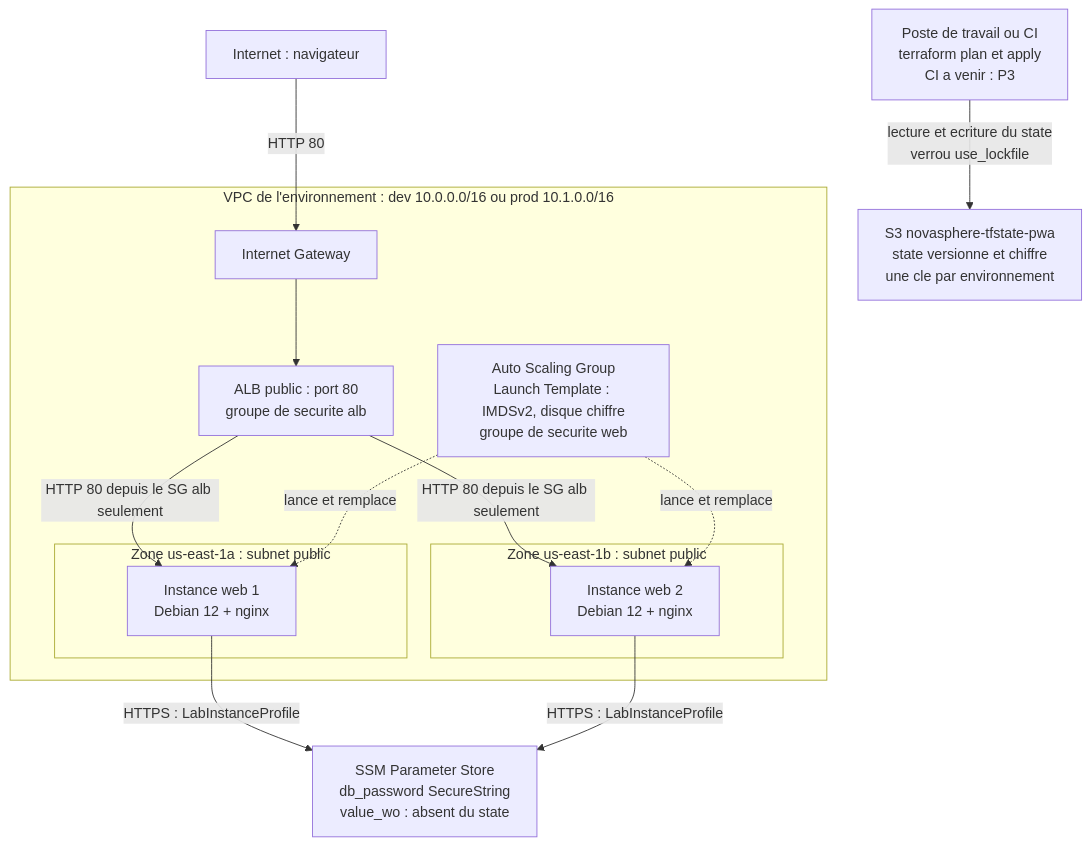
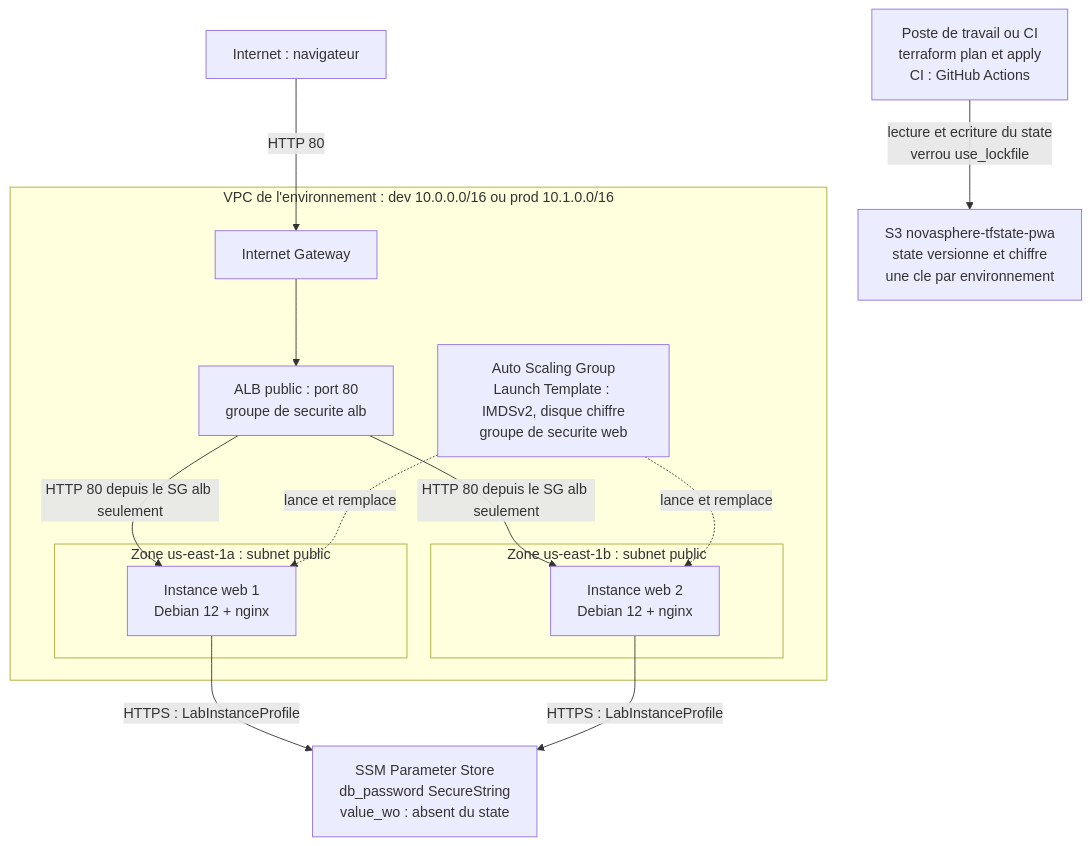
The diagram in ARCHITECTURE.md (Pengchao020401/Terraform_projet_fil_rouge), drawn with Mermaid before and after one commit. The commit also changed other lines of this file and 3 other files, not shown here.

````diff
--- a/ARCHITECTURE.md
+++ b/ARCHITECTURE.md
@@ -23,33 +23,33 @@
 ```mermaid
 flowchart TB
     user["Internet : navigateur"]
 
     subgraph vpc["VPC de l'environnement : dev 10.0.0.0/16 ou prod 10.1.0.0/16"]
         igw["Internet Gateway"]
         alb["ALB public : port 80<br/>groupe de securite alb"]
 
         subgraph az1["Zone us-east-1a : subnet public"]
             ec2a["Instance web 1<br/>Debian 12 + nginx"]
         end
 
         subgraph az2["Zone us-east-1b : subnet public"]
             ec2b["Instance web 2<br/>Debian 12 + nginx"]
         end
 
         asg["Auto Scaling Group<br/>Launch Template : IMDSv2, disque chiffre<br/>groupe de securite web"]
     end
 
     ssm["SSM Parameter Store<br/>db_password SecureString<br/>value_wo : absent du state"]
     s3["S3 novasphere-tfstate-pwa<br/>state versionne et chiffre<br/>une cle par environnement"]
-    dev["Poste de travail ou CI<br/>terraform plan et apply<br/>CI a venir : P3"]
+    dev["Poste de travail ou CI<br/>terraform plan et apply<br/>CI : GitHub Actions"]
 
     user -->|"HTTP 80"| igw
     igw --> alb
     alb -->|"HTTP 80 depuis le SG alb seulement"| ec2a
     alb -->|"HTTP 80 depuis le SG alb seulement"| ec2b
     asg -.->|"lance et remplace"| ec2a
     asg -.->|"lance et remplace"| ec2b
     ec2a -->|"HTTPS : LabInstanceProfile"| ssm
     ec2b -->|"HTTPS : LabInstanceProfile"| ssm
     dev -->|"lecture et ecriture du state<br/>verrou use_lockfile"| s3
 ```
````
